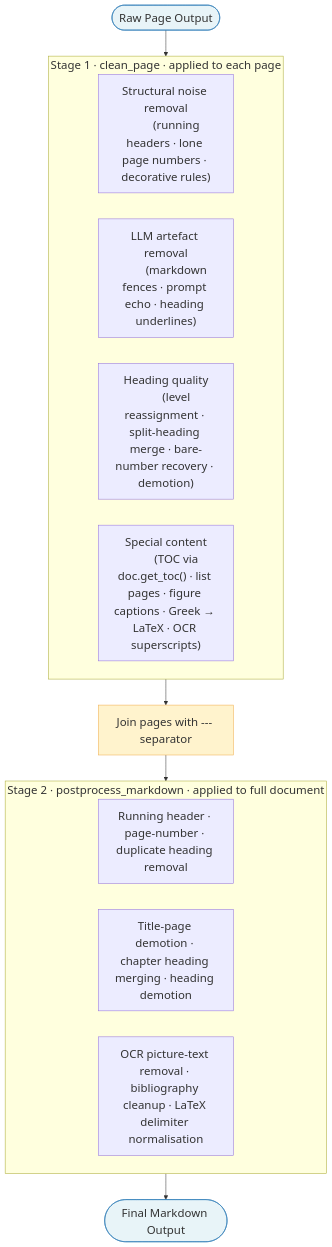
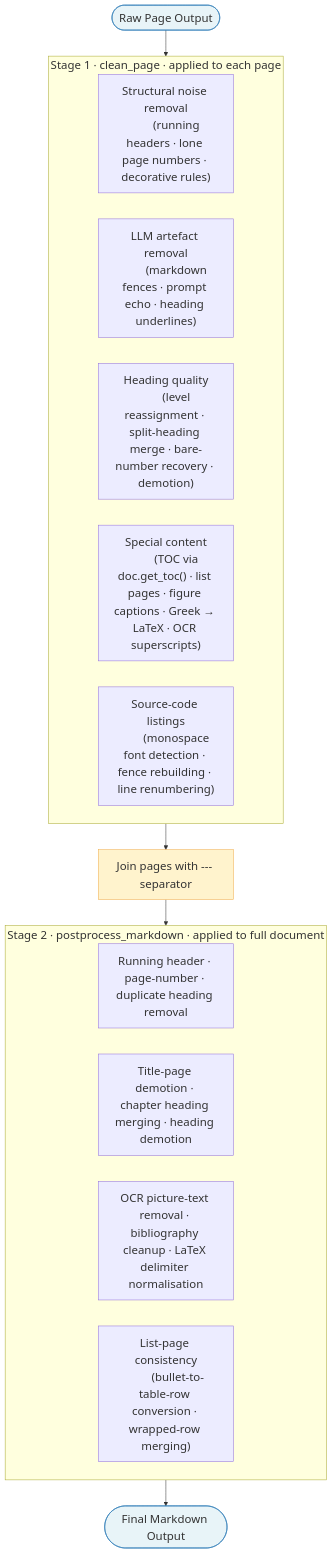
Before and after one commit to noormartini/pdf2md: the diagram in Thesis_Paper/diagrams/postprocessing.mmd, drawn with Mermaid. The commit also changed 14 other files, not shown here.

```diff
--- a/Thesis_Paper/diagrams/postprocessing.mmd
+++ b/Thesis_Paper/diagrams/postprocessing.mmd
@@ -1,29 +1,33 @@
 %%{init: {'theme': 'default', 'themeVariables': {'fontSize': '22px', 'fontFamily': 'arial'}}}%%
 flowchart TD
     A([Raw Page Output]) --> B
 
     subgraph B[" Stage 1 · clean_page · applied to each page "]
         B1["Structural noise removal
         (running headers · lone page numbers · decorative rules)"]
         B2["LLM artefact removal
         (markdown fences · prompt echo · heading underlines)"]
         B3["Heading quality
         (level reassignment · split-heading merge · bare-number recovery · demotion)"]
         B4["Special content
         (TOC via doc.get_toc() · list pages · figure captions · Greek → LaTeX · OCR superscripts)"]
+        B5["Source-code listings
+        (monospace font detection · fence rebuilding · line renumbering)"]
     end
 
     B --> C[Join pages with --- separator]
     C --> D
 
     subgraph D[" Stage 2 · postprocess_markdown · applied to full document "]
         D1["Running header · page-number · duplicate heading removal"]
         D2["Title-page demotion · chapter heading merging · heading demotion"]
         D3["OCR picture-text removal · bibliography cleanup · LaTeX delimiter normalisation"]
+        D4["List-page consistency
+        (bullet-to-table-row conversion · wrapped-row merging)"]
     end
 
     D --> E([Final Markdown Output])
 
     style A fill:#e8f4f8,stroke:#2c7bb6
     style E fill:#e8f4f8,stroke:#2c7bb6
     style C fill:#fff3cd,stroke:#f0ad4e
```
